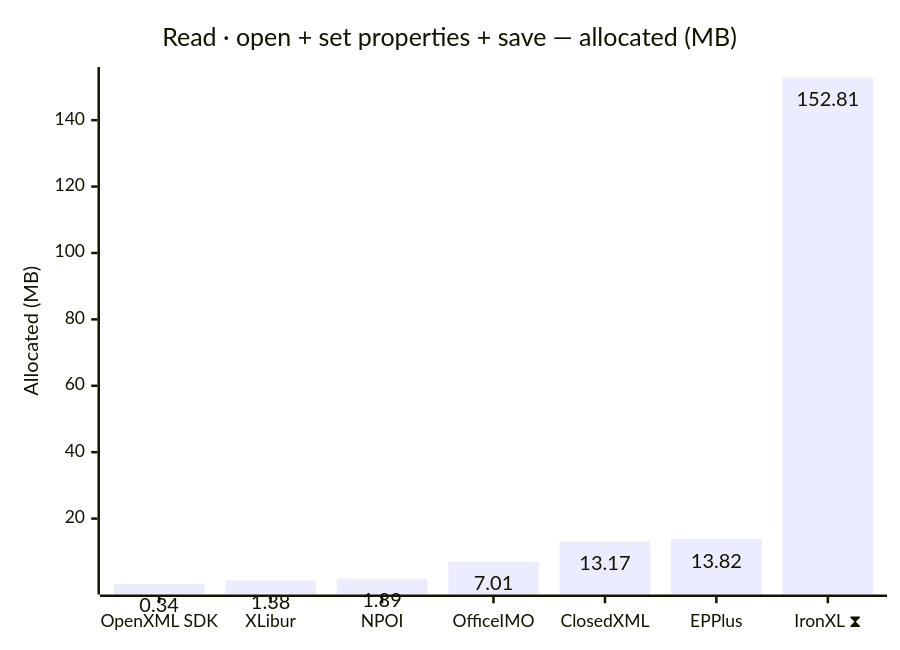
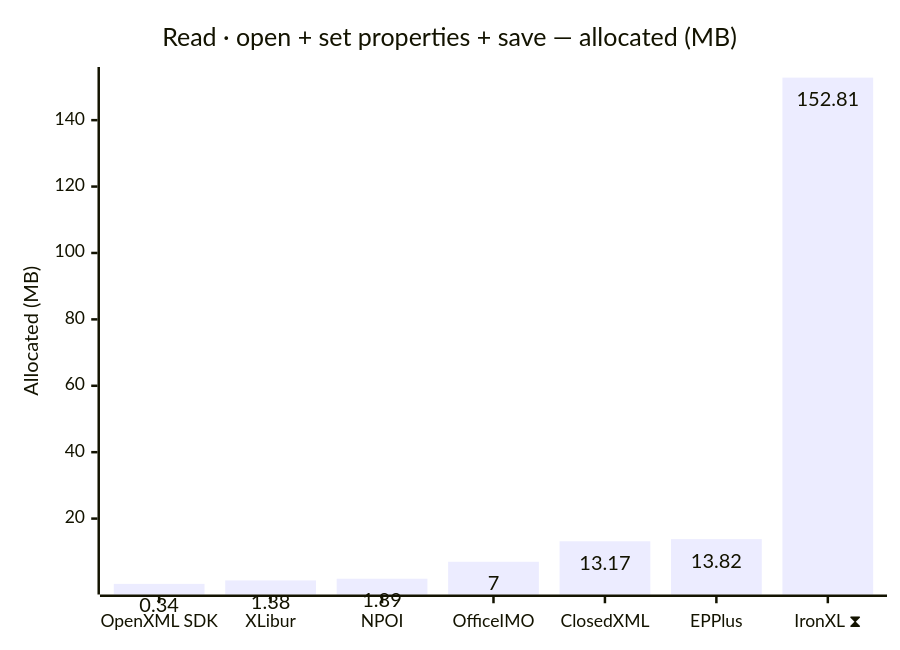
Before and after one commit to jafin/XLBench: the second of 18 diagrams in docs/results-ci.md, drawn with Mermaid. The commit also changed other lines of this file, not shown here.

````diff
--- a/docs/results-ci.md
+++ b/docs/results-ci.md
@@ -56,12 +56,12 @@
 ```mermaid
 ---
 config:
   xyChart:
     showDataLabel: true
 ---
 xychart-beta
     title "Read · open + set properties + save — allocated (MB)"
     x-axis ["OpenXML SDK", "XLibur", "NPOI", "OfficeIMO", "ClosedXML", "EPPlus", "IronXL ⧗"]
     y-axis "Allocated (MB)"
-    bar [0.34, 1.38, 1.89, 7.01, 13.17, 13.82, 152.81]
+    bar [0.34, 1.38, 1.89, 7, 13.17, 13.82, 152.81]
 ```
````
